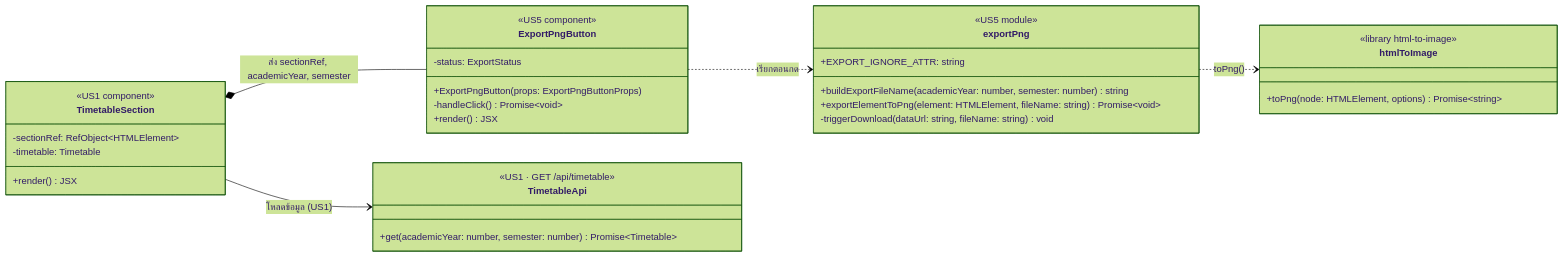
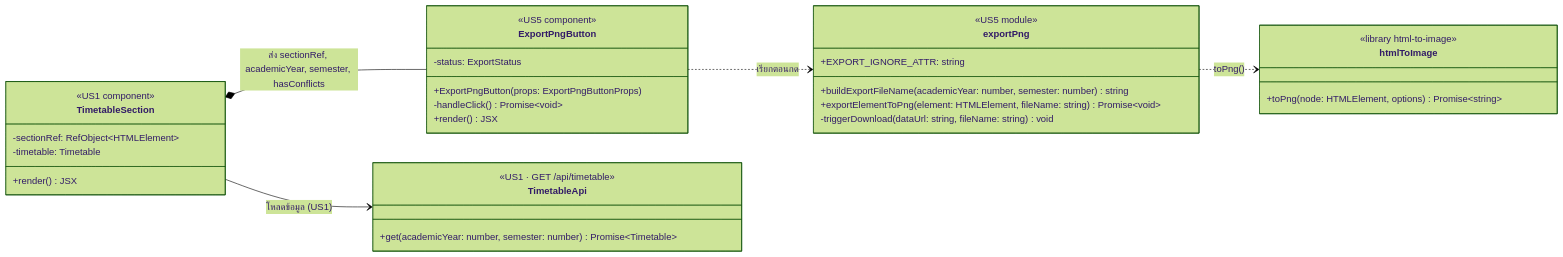
The diagram in .doc/US5/T05/US5-API-Class-Diagram.md (Non-Sin/CS261-G3-MockTimetableTU), drawn with Mermaid (forest theme) before and after one commit. The commit also changed other lines of this file and 2 other files, not shown here.

Commit message:
docs:[US5-T05] แก้เอกสารให้ตรงกับ UI Prototype (#23)
* feat:[US1-T08] add BusinessRuleException and CurrentStudentProvider (#17)

* feat:[US1-T08] add BussineeRuleException and handler

* feat:[US1-T08] add student provider before US3

* feat:[US1-T08] add app.timetable config for max credits and demo student

* Feat:[US1-T09] Develop DAO_Entity + Unit Test DAO (#18)

* fix: Edit ER Diagram from VARCHAR to NVARCHAR(n)

* fix: Edit ER Diagram from timestamp to DATETIMEOFFSET

* feat[US1-T09]: Migration V20261014_1940__create_timetable_tables.sql

* feat[US1-T09]: create enum CourseCategory

* feat[US1-T09] create seed, enum, entity

* feat[US1-T09] create repository from DAO

* feat[US1-T09]: Unit test DAO

* feat[US1-T09]:update SectionRepository

* fix[US1-T09]:fix seed followed UI Prototype

* docs:[US5-T05] แก้เอกสารให้ตรงกับ UI Prototype

* docs:[US5-T05] แก้ตามข้อตกลงเรื่องปุ่ม PNG และภาคเรียน

---------

````diff
--- a/.doc/US5/T05/US5-API-Class-Diagram.md
+++ b/.doc/US5/T05/US5-API-Class-Diagram.md
@@ -5,38 +5,38 @@
 ```mermaid
 classDiagram
     direction LR
 
     class TimetableSection {
         <<US1 component>>
         -sectionRef: RefObject~HTMLElement~
         -timetable: Timetable
         +render() JSX
     }
     class ExportPngButton {
         <<US5 component>>
         -status: ExportStatus
         +ExportPngButton(props: ExportPngButtonProps)
         -handleClick() Promise~void~
         +render() JSX
     }
     class exportPng {
         <<US5 module>>
         +EXPORT_IGNORE_ATTR: string
         +buildExportFileName(academicYear: number, semester: number) string
         +exportElementToPng(element: HTMLElement, fileName: string) Promise~void~
         -triggerDownload(dataUrl: string, fileName: string) void
     }
     class htmlToImage {
         <<library html-to-image>>
         +toPng(node: HTMLElement, options) Promise~string~
     }
     class TimetableApi {
         <<US1 · GET /api/timetable>>
         +get(academicYear: number, semester: number) Promise~Timetable~
     }
 
     TimetableSection --> TimetableApi : โหลดข้อมูล (US1)
-    TimetableSection *-- ExportPngButton : ส่ง sectionRef, academicYear, semester
+    TimetableSection *-- ExportPngButton : ส่ง sectionRef, academicYear, semester, hasConflicts
     ExportPngButton ..> exportPng : เรียกตอนกด
     exportPng ..> htmlToImage : toPng()
 ```
````
